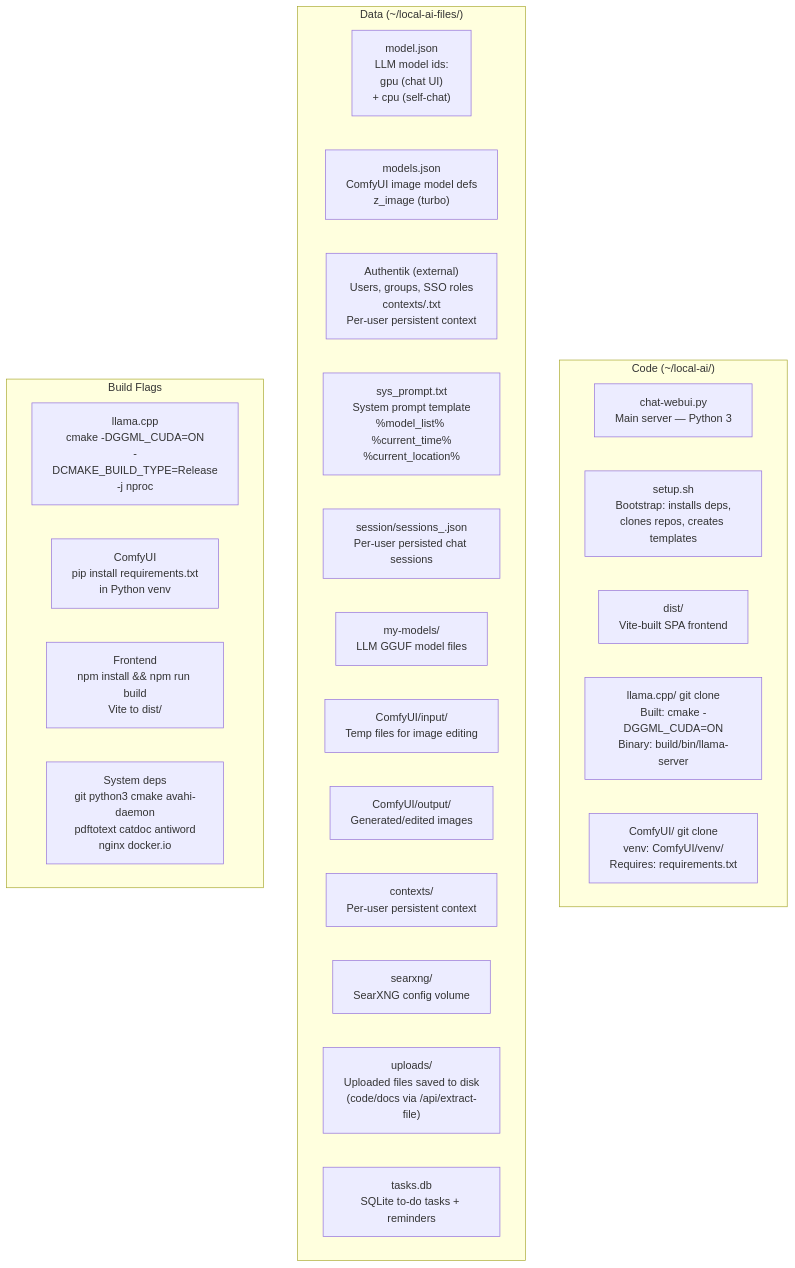
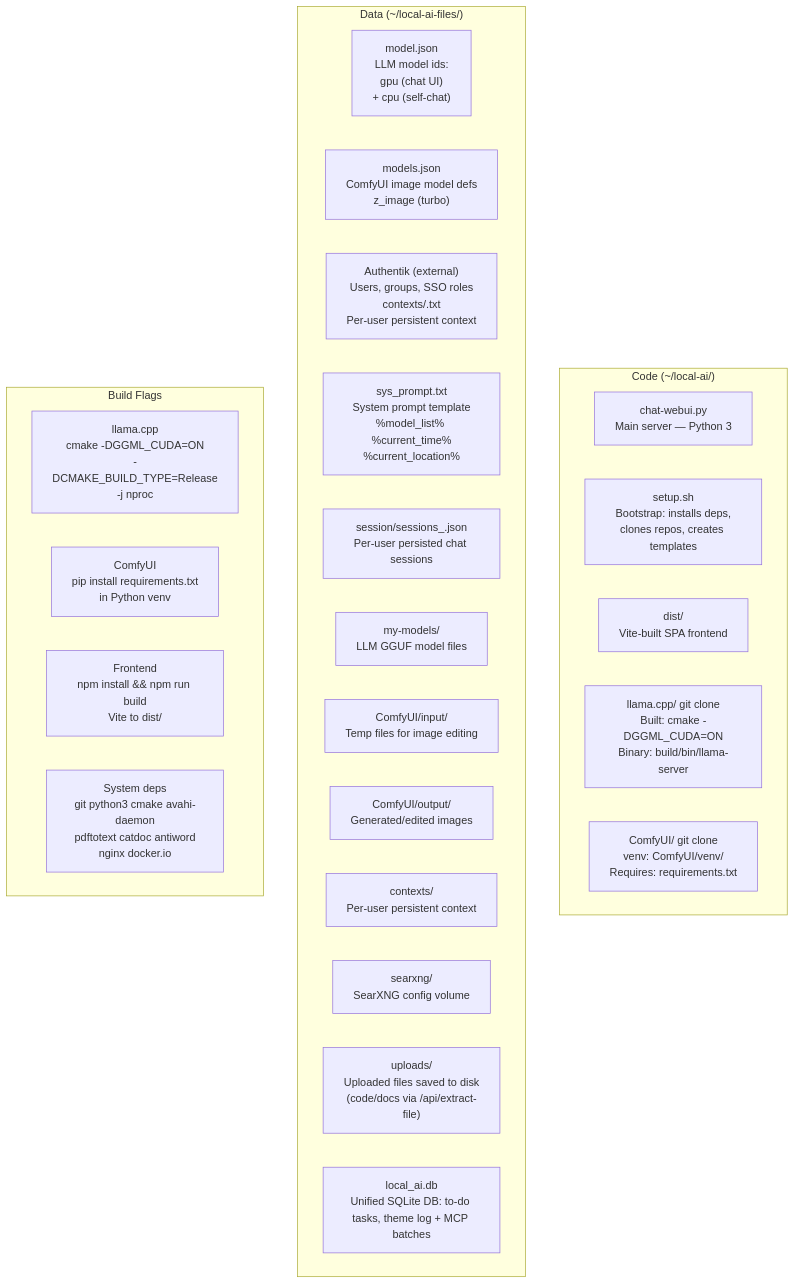
One commit to Palash90/local-ai changed the second of 12 diagrams in README.md. Above: the diagram before and after it, drawn with Mermaid. The commit also changed 28 other files, not shown here.

````diff
--- a/README.md
+++ b/README.md
@@ -228,32 +228,32 @@
 ```mermaid
 graph TD
     subgraph CodeRepo ["Code (~/local-ai/)"]
         CR1["chat-webui.py\nMain server — Python 3"]
         CR2["setup.sh\nBootstrap: installs deps,\nclones repos, creates templates"]
         CR3["dist/\nVite-built SPA frontend"]
         CR4["llama.cpp/ git clone\nBuilt: cmake -DGGML_CUDA=ON\nBinary: build/bin/llama-server"]
         CR5["ComfyUI/ git clone\nvenv: ComfyUI/venv/\nRequires: requirements.txt"]
     end
 
     subgraph DataDir ["Data (~/local-ai-files/)"]
         DF1["model.json\nLLM model ids:\ngpu (chat UI)\n+ cpu (self-chat)"]
         DF2["models.json\nComfyUI image model defs\nz_image (turbo)"]
         DF3["Authentik (external)\nUsers, groups, SSO roles\ncontexts/<user>.txt\nPer-user persistent context"]
         DF4["sys_prompt.txt\nSystem prompt template\n%model_list% %current_time%\n%current_location%"]
         DF5["session/sessions_<user>.json\nPer-user persisted chat sessions"]
         DF6["my-models/\nLLM GGUF model files"]
         DF7["ComfyUI/input/\nTemp files for image editing"]
         DF8["ComfyUI/output/\nGenerated/edited images"]
         DF9["contexts/\nPer-user persistent context"]
         DF10["searxng/\nSearXNG config volume"]
         DF11["uploads/\nUploaded files saved to disk\n(code/docs via /api/extract-file)"]
-        DF12["tasks.db\nSQLite to-do tasks + reminders"]
+        DF12["local_ai.db\nUnified SQLite DB: to-do tasks, theme log + MCP batches"]
     end
 
     subgraph BuildFlags ["Build Flags"]
         BF1["llama.cpp\ncmake -DGGML_CUDA=ON\n-DCMAKE_BUILD_TYPE=Release\n-j nproc"]
         BF2["ComfyUI\npip install requirements.txt\nin Python venv"]
         BF3["Frontend\nnpm install && npm run build\nVite to dist/"]
         BF4["System deps\ngit python3 cmake avahi-daemon\npdftotext catdoc antiword\nnginx docker.io"]
     end
 ```
````
